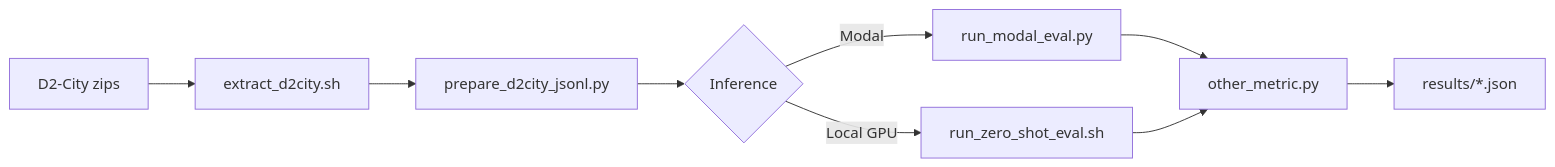
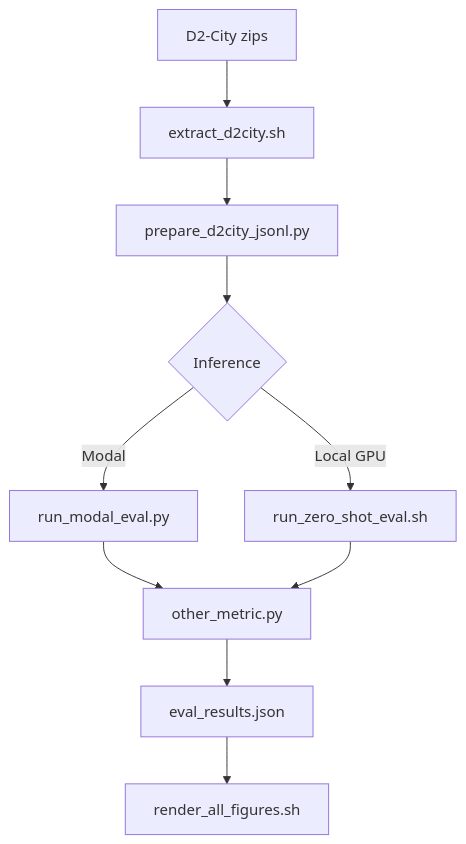
Before and after one commit to faheemgurkani/locateanything-d2city-zero-shot-eval: the diagram in README.md, drawn with Mermaid. The commit also changed other lines of this file and 12 other files, not shown here.

````diff
--- a/README.md
+++ b/README.md
@@ -197,11 +304,12 @@
 ```mermaid
-flowchart LR
+flowchart TD
   A[D2-City zips] --> B[extract_d2city.sh]
   B --> C[prepare_d2city_jsonl.py]
   C --> D{Inference}
   D -->|Modal| E[run_modal_eval.py]
   D -->|Local GPU| F[run_zero_shot_eval.sh]
   E --> G[other_metric.py]
   F --> G
-  G --> H[results/*.json]
+  G --> H[eval_results.json]
+  H --> I[render_all_figures.sh]
 ```
````
